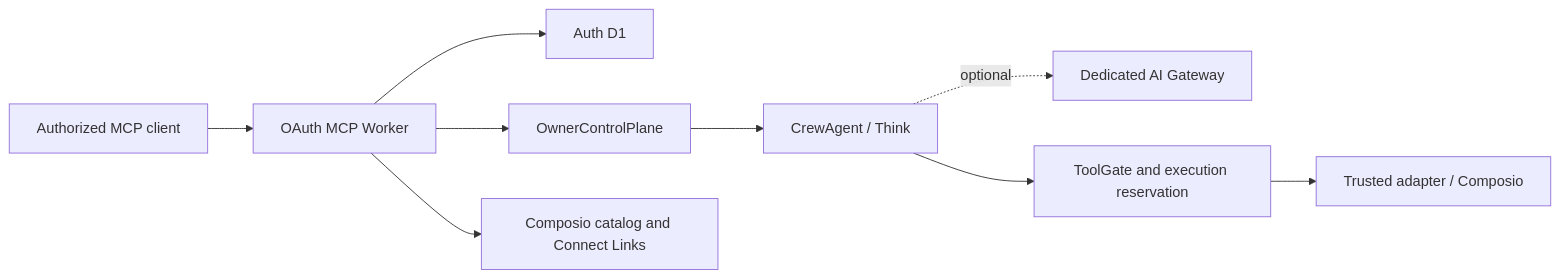
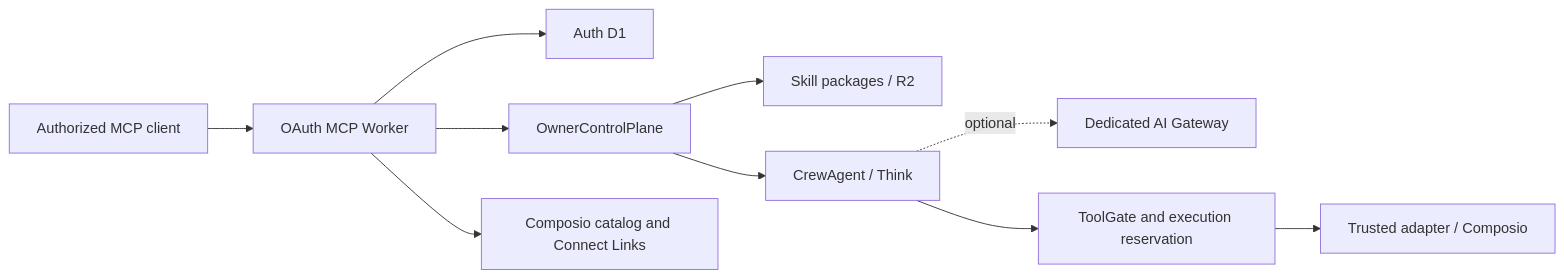
The diagram in docs/architecture/system.md (fkrein1/crewhelm), drawn with Mermaid before and after one commit. The commit also changed other lines of this file and 38 other files, not shown here.

````diff
--- a/docs/architecture/system.md
+++ b/docs/architecture/system.md
@@ -11,11 +11,12 @@
 ```mermaid
 flowchart LR
     MCP["Authorized MCP client"] --> Worker["OAuth MCP Worker"]
     Worker --> Auth["Auth D1"]
     Worker --> Owner["OwnerControlPlane"]
+    Owner --> Skills["Skill packages / R2"]
     Owner --> Agent["CrewAgent / Think"]
     Agent -. optional .-> Gateway["Dedicated AI Gateway"]
     Worker --> Catalog["Composio catalog and Connect Links"]
     Agent --> Gate["ToolGate and execution reservation"]
     Gate --> Composio["Trusted adapter / Composio"]
 ```
````
